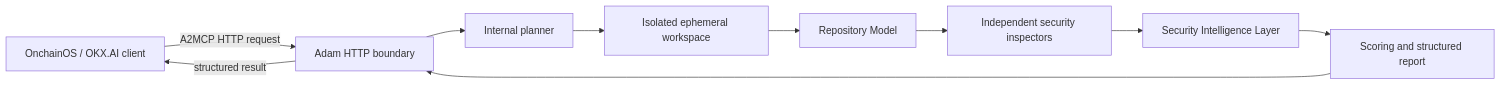
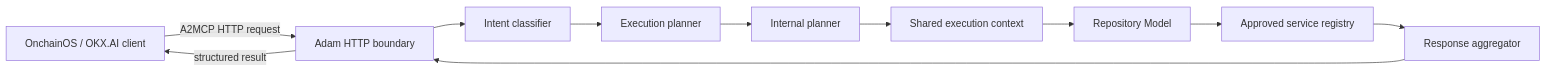
One commit to onchaindc/Adam changed the diagram in README.md. Above: the diagram before and after it, drawn with Mermaid. The commit also changed other lines of this file and 27 other files, not shown here.

Commit message:
feat: add planner service orchestration

````diff
--- a/README.md
+++ b/README.md
@@ -99,21 +120,23 @@
 ```mermaid
 flowchart LR
     Client["OnchainOS / OKX.AI client"]
     API["Adam HTTP boundary"]
     Planner["Internal planner"]
-    Workspace["Isolated ephemeral workspace"]
+    Classifier["Intent classifier"]
+    Plan["Execution planner"]
+    Workspace["Shared execution context"]
     RepositoryModel["Repository Model"]
-    Inspectors["Independent security inspectors"]
-    Intelligence["Security Intelligence Layer"]
-    Report["Scoring and structured report"]
+    Services["Approved service registry"]
+    Aggregate["Response aggregator"]
 
     Client -->|"A2MCP HTTP request"| API
-    API --> Planner
+    API --> Classifier
+    Classifier --> Plan
+    Plan --> Planner
     Planner --> Workspace
     Workspace --> RepositoryModel
-    RepositoryModel --> Inspectors
-    Inspectors --> Intelligence
-    Intelligence --> Report
-    Report --> API
+    RepositoryModel --> Services
+    Services --> Aggregate
+    Aggregate --> API
     API -->|"structured result"| Client
 ```
````
